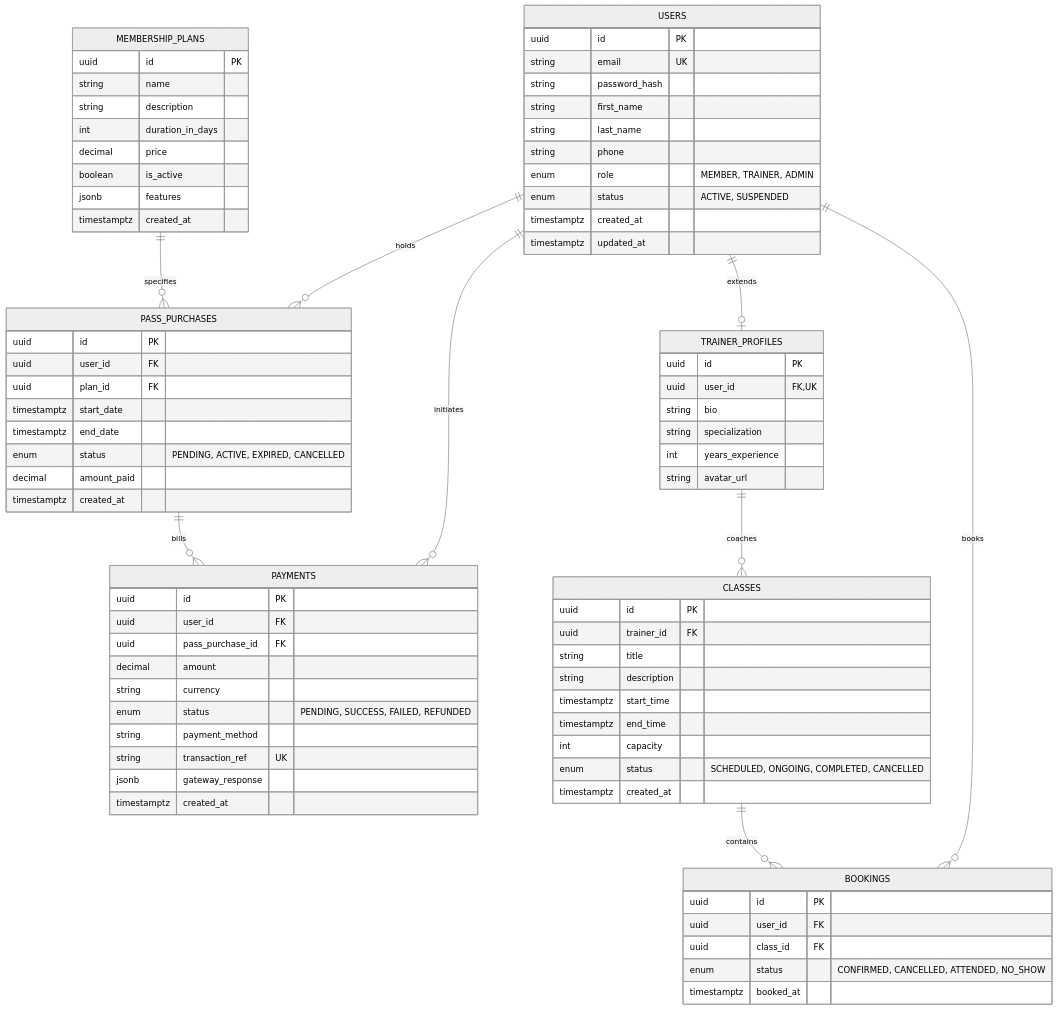
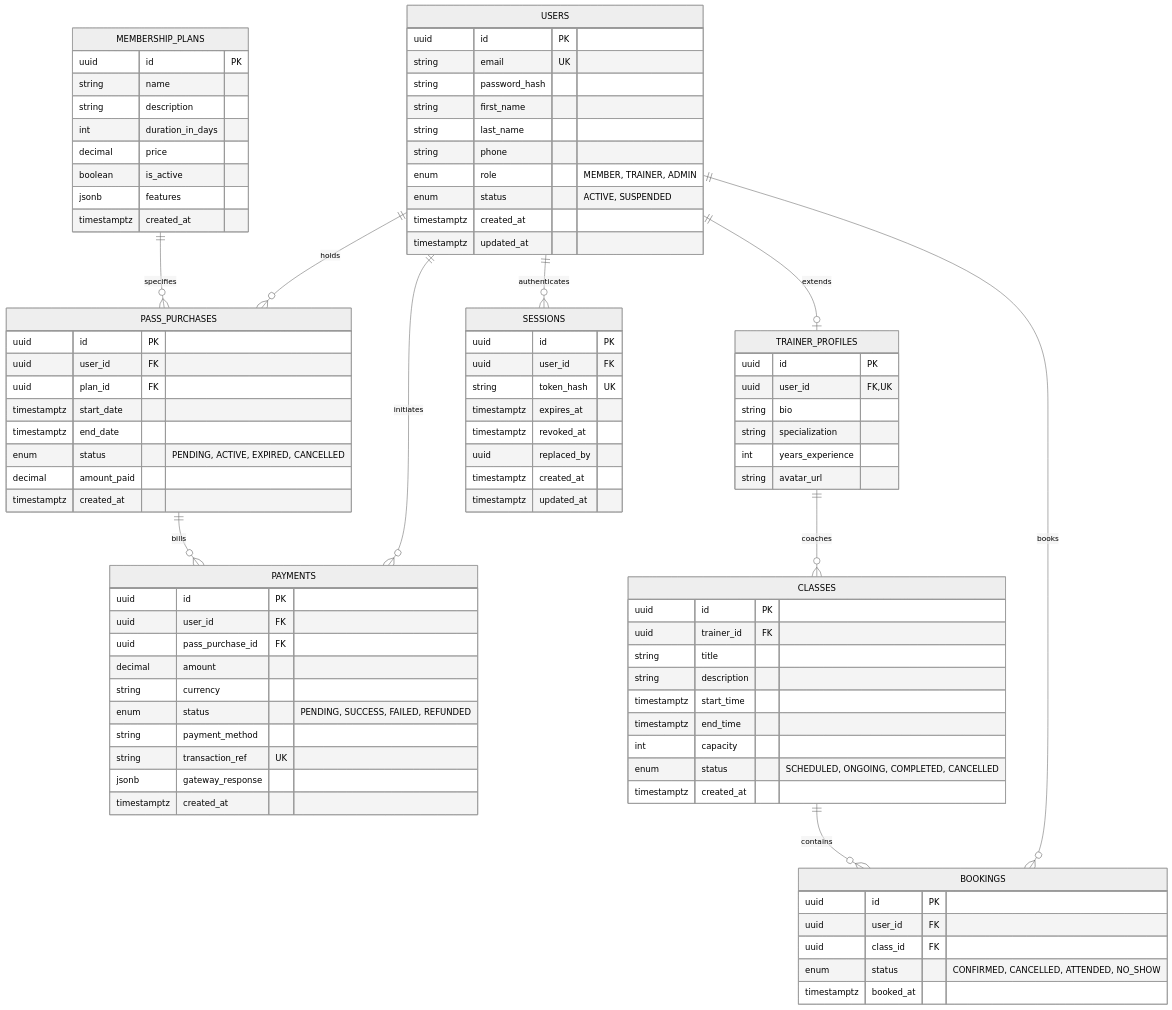
The diagram in backend/README.md (HumayunK01/18HoursGym), drawn with Mermaid (neutral theme) before and after one commit. The commit also changed other lines of this file and 13 other files, not shown here.

````diff
--- a/backend/README.md
+++ b/backend/README.md
@@ -48,6 +52,7 @@
     USERS ||--o{ BOOKINGS : "books"
     USERS ||--o| TRAINER_PROFILES : "extends"
     USERS ||--o{ PAYMENTS : "initiates"
+    USERS ||--o{ SESSIONS : "authenticates"
 
     MEMBERSHIP_PLANS ||--o{ PASS_PURCHASES : "specifies"
     PASS_PURCHASES ||--o{ PAYMENTS : "bills"
@@ -131,4 +136,15 @@
         enum status "CONFIRMED, CANCELLED, ATTENDED, NO_SHOW"
         timestamptz booked_at
     }
+
+    SESSIONS {
+        uuid id PK
+        uuid user_id FK
+        string token_hash UK
+        timestamptz expires_at
+        timestamptz revoked_at
+        uuid replaced_by
+        timestamptz created_at
+        timestamptz updated_at
+    }
 ```
````
